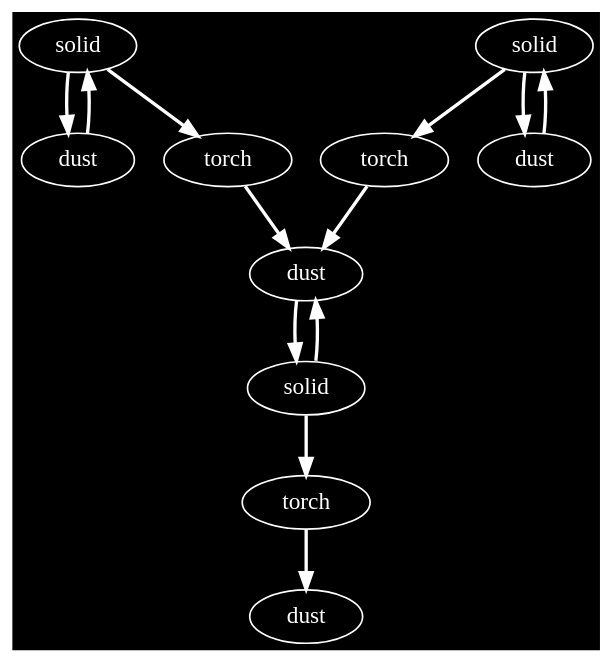
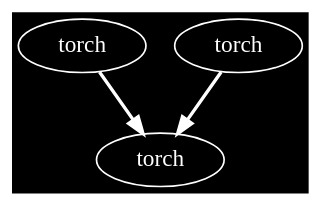
The diagram in common/src/main/java/in/lakazatong/pcbmod/redstone/examples/and_gate/and_gate.dot (lakazatong/PCBMod), drawn with Graphviz before and after one commit. The commit also changed 3 other files, not shown here.

```diff
--- a/common/src/main/java/in/lakazatong/pcbmod/redstone/examples/and_gate/and_gate.dot
+++ b/common/src/main/java/in/lakazatong/pcbmod/redstone/examples/and_gate/and_gate.dot
@@ -1,25 +1,8 @@
 digraph G {
     graph [bgcolor="black"];
-    "222a7fb5-fd6f-31a6-969b-346b9d6d4a7b" [label="solid", style=filled, fillcolor="black", fontcolor="white", color="white", width=0.2, height=0.2];
-    "a0b8a2e1-807b-3ef1-8f82-0cbb61817378" -> "222a7fb5-fd6f-31a6-969b-346b9d6d4a7b" [color="white", arrowhead="normal", fontcolor="white", penwidth=2];
     "840df290-5421-3f72-a959-b34325057a81" [label="torch", style=filled, fillcolor="black", fontcolor="white", color="white", width=0.2, height=0.2];
-    "731819ad-7f4a-3e8a-9762-ef11a44172a9" -> "840df290-5421-3f72-a959-b34325057a81" [color="white", arrowhead="normal", fontcolor="white", penwidth=2];
     "29c179f9-a450-3f5d-8676-022c50f4696a" [label="torch", style=filled, fillcolor="black", fontcolor="white", color="white", width=0.2, height=0.2];
-    "009a3cb1-4a7e-3cf6-963d-5ec36d3ac40f" -> "29c179f9-a450-3f5d-8676-022c50f4696a" [color="white", arrowhead="normal", fontcolor="white", penwidth=2];
-    "a0b8a2e1-807b-3ef1-8f82-0cbb61817378" [label="dust", style=filled, fillcolor="black", fontcolor="white", color="white", width=0.2, height=0.2];
-    "222a7fb5-fd6f-31a6-969b-346b9d6d4a7b" -> "a0b8a2e1-807b-3ef1-8f82-0cbb61817378" [color="white", arrowhead="normal", fontcolor="white", penwidth=2];
-    "487a539f-9a52-3681-91bc-f626fbc8f3b1" [label="dust", style=filled, fillcolor="black", fontcolor="white", color="white", width=0.2, height=0.2];
-    "035adebe-47b8-309c-a258-8b94d8fd410b" -> "487a539f-9a52-3681-91bc-f626fbc8f3b1" [color="white", arrowhead="normal", fontcolor="white", penwidth=2];
-    "840df290-5421-3f72-a959-b34325057a81" -> "487a539f-9a52-3681-91bc-f626fbc8f3b1" [color="white", arrowhead="normal", fontcolor="white", penwidth=2];
-    "009a3cb1-4a7e-3cf6-963d-5ec36d3ac40f" -> "487a539f-9a52-3681-91bc-f626fbc8f3b1" [color="white", arrowhead="normal", fontcolor="white", penwidth=2];
-    "57d8dfcb-3e15-3785-a9f8-d92c67260304" [label="dust", style=filled, fillcolor="black", fontcolor="white", color="white", width=0.2, height=0.2];
-    "731819ad-7f4a-3e8a-9762-ef11a44172a9" -> "57d8dfcb-3e15-3785-a9f8-d92c67260304" [color="white", arrowhead="normal", fontcolor="white", penwidth=2];
-    "009a3cb1-4a7e-3cf6-963d-5ec36d3ac40f" [label="solid", style=filled, fillcolor="black", fontcolor="white", color="white", width=0.2, height=0.2];
-    "487a539f-9a52-3681-91bc-f626fbc8f3b1" -> "009a3cb1-4a7e-3cf6-963d-5ec36d3ac40f" [color="white", arrowhead="normal", fontcolor="white", penwidth=2];
+    "840df290-5421-3f72-a959-b34325057a81" -> "29c179f9-a450-3f5d-8676-022c50f4696a" [color="white", arrowhead="normal", fontcolor="white", penwidth=2];
+    "035adebe-47b8-309c-a258-8b94d8fd410b" -> "29c179f9-a450-3f5d-8676-022c50f4696a" [color="white", arrowhead="normal", fontcolor="white", penwidth=2];
     "035adebe-47b8-309c-a258-8b94d8fd410b" [label="torch", style=filled, fillcolor="black", fontcolor="white", color="white", width=0.2, height=0.2];
-    "222a7fb5-fd6f-31a6-969b-346b9d6d4a7b" -> "035adebe-47b8-309c-a258-8b94d8fd410b" [color="white", arrowhead="normal", fontcolor="white", penwidth=2];
-    "61219756-d840-3b11-bf42-37dbd296f7b4" [label="dust", style=filled, fillcolor="black", fontcolor="white", color="white", width=0.2, height=0.2];
-    "29c179f9-a450-3f5d-8676-022c50f4696a" -> "61219756-d840-3b11-bf42-37dbd296f7b4" [color="white", arrowhead="normal", fontcolor="white", penwidth=2];
-    "731819ad-7f4a-3e8a-9762-ef11a44172a9" [label="solid", style=filled, fillcolor="black", fontcolor="white", color="white", width=0.2, height=0.2];
-    "57d8dfcb-3e15-3785-a9f8-d92c67260304" -> "731819ad-7f4a-3e8a-9762-ef11a44172a9" [color="white", arrowhead="normal", fontcolor="white", penwidth=2];
 }
```
